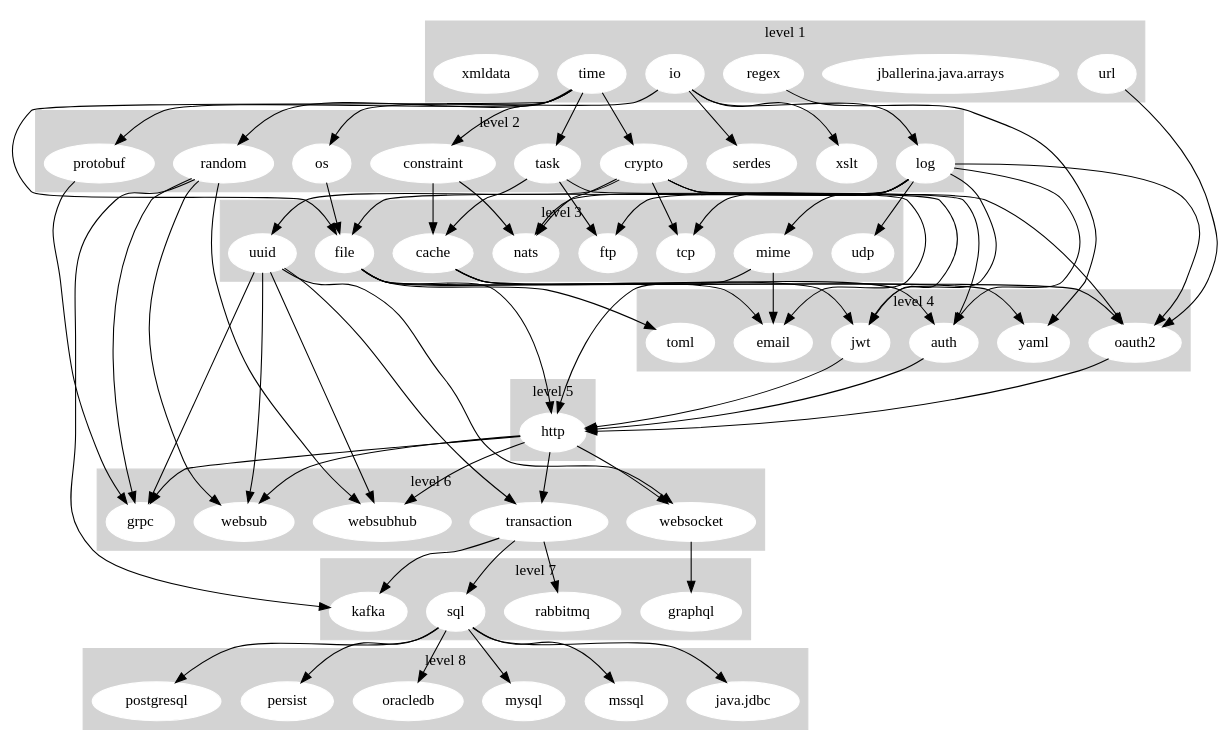
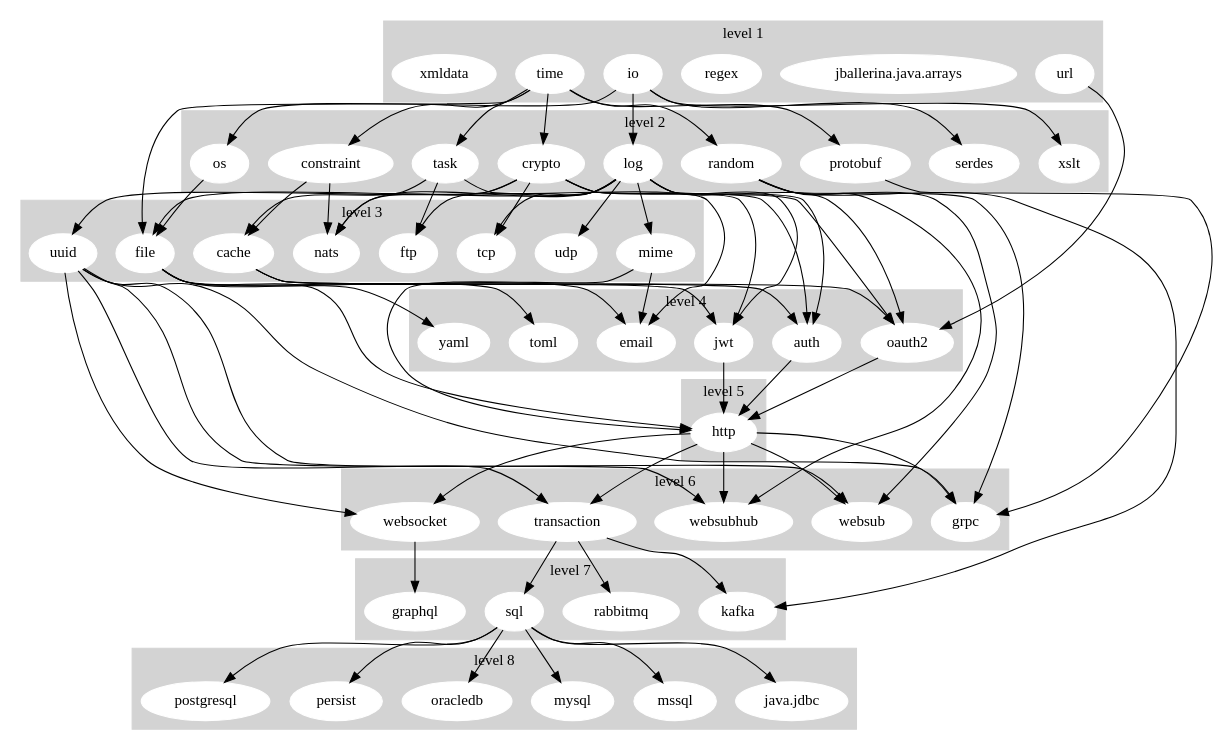
One commit to ballerina-platform/ballerina-release changed the diagram in dashboard/stdlib_graph.gv. Above: the diagram before and after it, drawn with Graphviz.

Commit message:
[Automated] Update Stdlib Dependency Graph

```diff
--- a/dashboard/stdlib_graph.gv
+++ b/dashboard/stdlib_graph.gv
@@ -1,157 +1,156 @@
 digraph "Stdlib Dependency Graph" {
 	subgraph cluster_1 {
 		node [color=white style=filled]
 		color=lightgrey style=filled
 		io
 		"jballerina.java.arrays"
 		regex
 		time
 		url
 		xmldata
 		label="level 1"
 	}
 	subgraph cluster_2 {
 		node [color=white style=filled]
 		color=lightgrey style=filled
 		constraint
 		crypto
 		log
 		os
 		protobuf
 		random
 		serdes
 		task
 		xslt
 		label="level 2"
 	}
 	subgraph cluster_3 {
 		node [color=white style=filled]
 		color=lightgrey style=filled
 		cache
 		file
 		ftp
 		mime
 		nats
 		tcp
 		udp
 		uuid
 		label="level 3"
 	}
 	subgraph cluster_4 {
 		node [color=white style=filled]
 		color=lightgrey style=filled
 		auth
 		email
 		jwt
 		oauth2
 		toml
 		yaml
 		label="level 4"
 	}
 	subgraph cluster_5 {
 		node [color=white style=filled]
 		color=lightgrey style=filled
 		http
 		label="level 5"
 	}
 	subgraph cluster_6 {
 		node [color=white style=filled]
 		color=lightgrey style=filled
 		grpc
 		transaction
 		websocket
 		websub
 		websubhub
 		label="level 6"
 	}
 	subgraph cluster_7 {
 		node [color=white style=filled]
 		color=lightgrey style=filled
 		graphql
 		kafka
 		rabbitmq
 		sql
 		label="level 7"
 	}
 	subgraph cluster_8 {
 		node [color=white style=filled]
 		color=lightgrey style=filled
 		"java.jdbc"
 		mssql
 		mysql
 		oracledb
 		persist
 		postgresql
 		label="level 8"
 	}
 	io -> log
 	io -> os
 	io -> serdes
 	io -> xslt
-	regex -> yaml
 	time -> constraint
 	time -> crypto
 	time -> file
 	time -> protobuf
 	time -> random
 	time -> task
 	url -> oauth2
 	constraint -> cache
 	constraint -> nats
 	crypto -> auth
 	crypto -> jwt
 	crypto -> nats
 	crypto -> oauth2
 	crypto -> tcp
 	crypto -> uuid
 	log -> auth
 	log -> file
 	log -> ftp
 	log -> jwt
 	log -> mime
 	log -> nats
 	log -> oauth2
 	log -> tcp
 	log -> udp
 	os -> file
 	protobuf -> grpc
 	random -> grpc
 	random -> kafka
 	random -> websub
 	random -> websubhub
 	task -> cache
 	task -> email
 	task -> ftp
 	cache -> auth
 	cache -> jwt
 	cache -> oauth2
 	file -> email
 	file -> http
 	file -> toml
 	file -> yaml
 	mime -> email
 	mime -> http
 	uuid -> grpc
 	uuid -> transaction
 	uuid -> websocket
 	uuid -> websub
 	uuid -> websubhub
 	auth -> http
 	jwt -> http
 	oauth2 -> http
 	http -> grpc
 	http -> transaction
 	http -> websocket
 	http -> websub
 	http -> websubhub
 	transaction -> kafka
 	transaction -> rabbitmq
 	transaction -> sql
 	websocket -> graphql
 	sql -> "java.jdbc"
 	sql -> mssql
 	sql -> mysql
 	sql -> oracledb
 	sql -> persist
 	sql -> postgresql
 }
```
